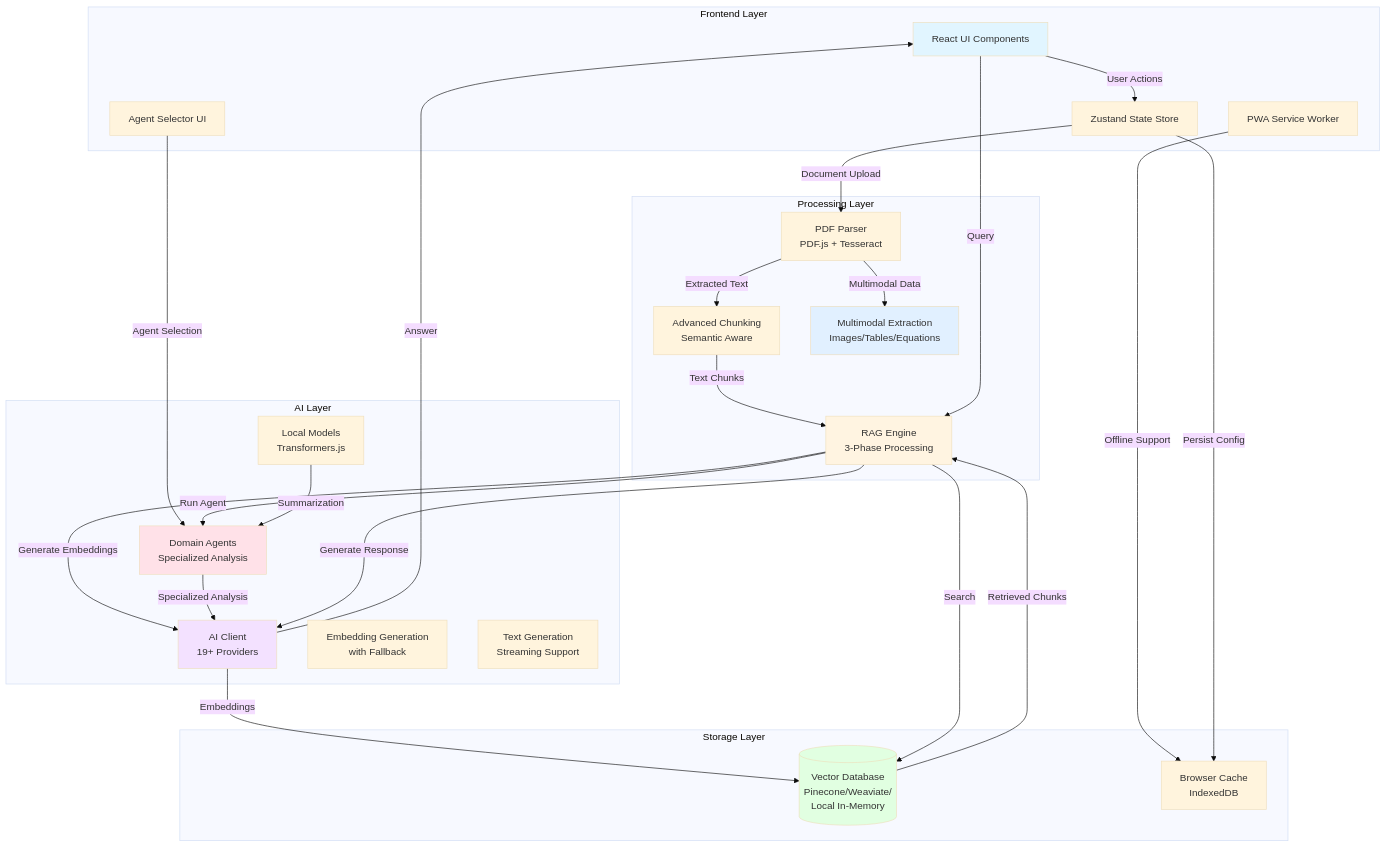
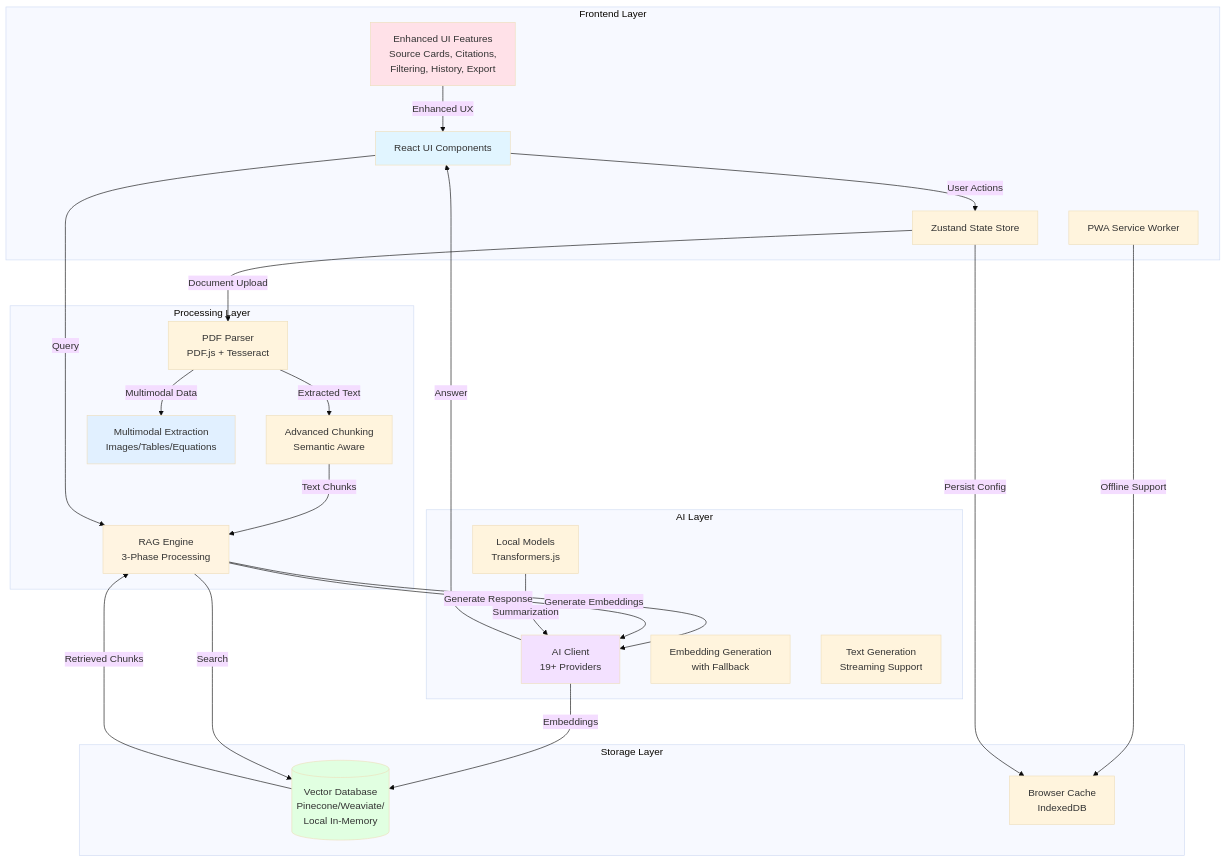
One commit to Kedhareswer/QuantumPDF_ChatApp_VectorDB changed the first of 14 diagrams in docs/ARCHITECTURE_FLOWS.md. Above: the diagram before and after it, drawn with Mermaid (base theme). The commit also changed other lines of this file and 25 other files, not shown here.

````diff
--- a/docs/ARCHITECTURE_FLOWS.md
+++ b/docs/ARCHITECTURE_FLOWS.md
@@ -22,55 +22,52 @@
 ```mermaid
 graph TB
     subgraph "Frontend Layer"
         UI[React UI Components]
         STATE[Zustand State Store]
         PWA[PWA Service Worker]
-        AGENT_UI[Agent Selector UI]
+        UI_FEATURES[Enhanced UI Features<br/>Source Cards, Citations,<br/>Filtering, History, Export]
     end
 
     subgraph "Processing Layer"
         PDF[PDF Parser<br/>PDF.js + Tesseract]
         RAG[RAG Engine<br/>3-Phase Processing]
         CHUNK[Advanced Chunking<br/>Semantic Aware]
         MULTI[Multimodal Extraction<br/>Images/Tables/Equations]
     end
 
     subgraph "AI Layer"
         AI[AI Client<br/>19+ Providers]
         EMB[Embedding Generation<br/>with Fallback]
         TEXT[Text Generation<br/>Streaming Support]
-        AGENTS[Domain Agents<br/>Specialized Analysis]
         LOCAL[Local Models<br/>Transformers.js]
     end
 
     subgraph "Storage Layer"
         VDB[(Vector Database<br/>Pinecone/Weaviate/<br/>Local In-Memory)]
         CACHE[Browser Cache<br/>IndexedDB]
     end
 
     UI -->|User Actions| STATE
-    AGENT_UI -->|Agent Selection| AGENTS
+    UI_FEATURES -->|Enhanced UX| UI
     STATE -->|Document Upload| PDF
     PDF -->|Extracted Text| CHUNK
     PDF -->|Multimodal Data| MULTI
     CHUNK -->|Text Chunks| RAG
     RAG -->|Generate Embeddings| AI
     AI -->|Embeddings| VDB
     UI -->|Query| RAG
     RAG -->|Search| VDB
     VDB -->|Retrieved Chunks| RAG
-    RAG -->|Run Agent| AGENTS
-    AGENTS -->|Specialized Analysis| AI
     RAG -->|Generate Response| AI
     AI -->|Answer| UI
     PWA -->|Offline Support| CACHE
     STATE -->|Persist Config| CACHE
-    LOCAL -->|Summarization| AGENTS
+    LOCAL -->|Summarization| AI
 
     style UI fill:#e1f5ff
     style RAG fill:#fff4e1
     style AI fill:#f3e1ff
     style VDB fill:#e1ffe1
-    style AGENTS fill:#ffe1e8
+    style UI_FEATURES fill:#ffe1e8
     style MULTI fill:#e1f0ff
 ```
````
